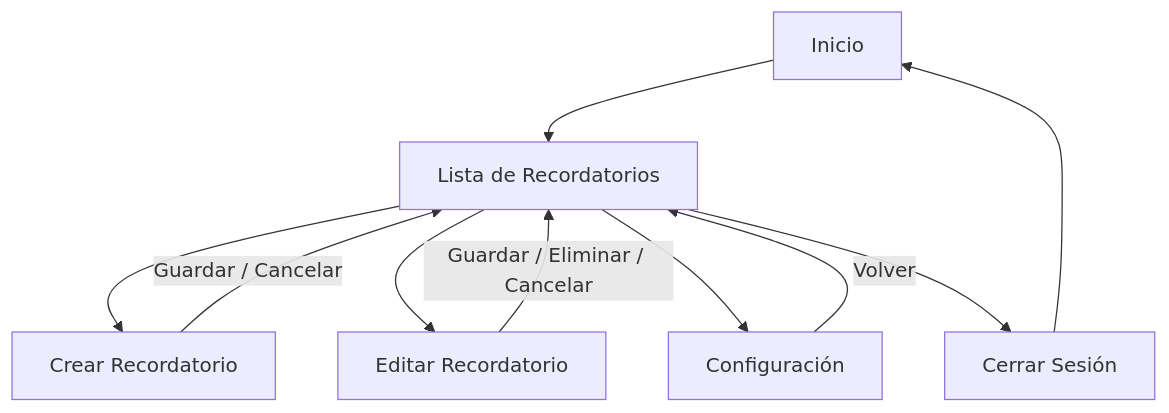
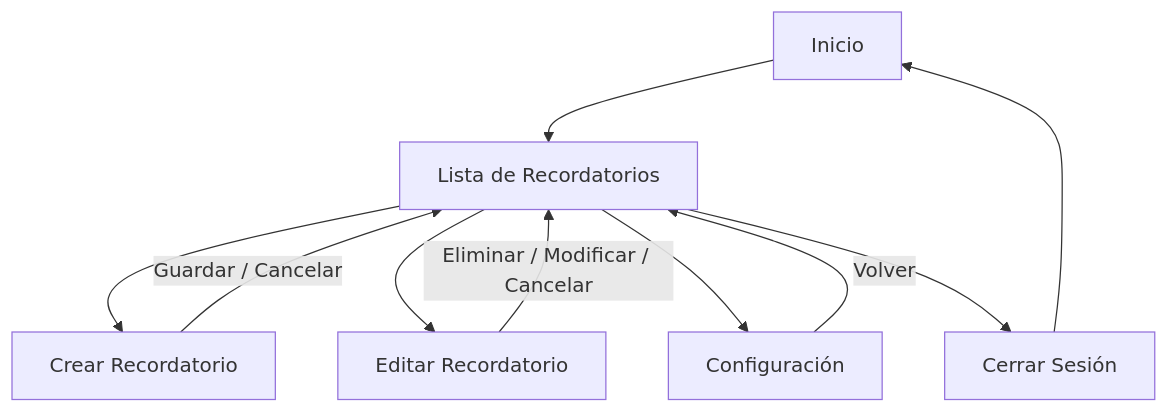
One commit to liuDam1/MV_Recordatorio changed the diagram in README.md. Above: the diagram before and after it, drawn with Mermaid.

Commit message:
cambio diagrama

````diff
--- a/README.md
+++ b/README.md
@@ -64,14 +64,14 @@
 ```mermaid
 graph TD
     A[Inicio] --> B[Lista de Recordatorios]
 
     B --> C[Crear Recordatorio]
     B --> D[Editar Recordatorio]
     B --> E[Configuración]
     B --> F[Cerrar Sesión]
 
     C -->|Guardar / Cancelar| B
-    D -->|Guardar / Eliminar / Cancelar| B
+    D -->|Eliminar / Modificar / Cancelar| B
     E -->|Volver| B
     F --> A
 ```
````
